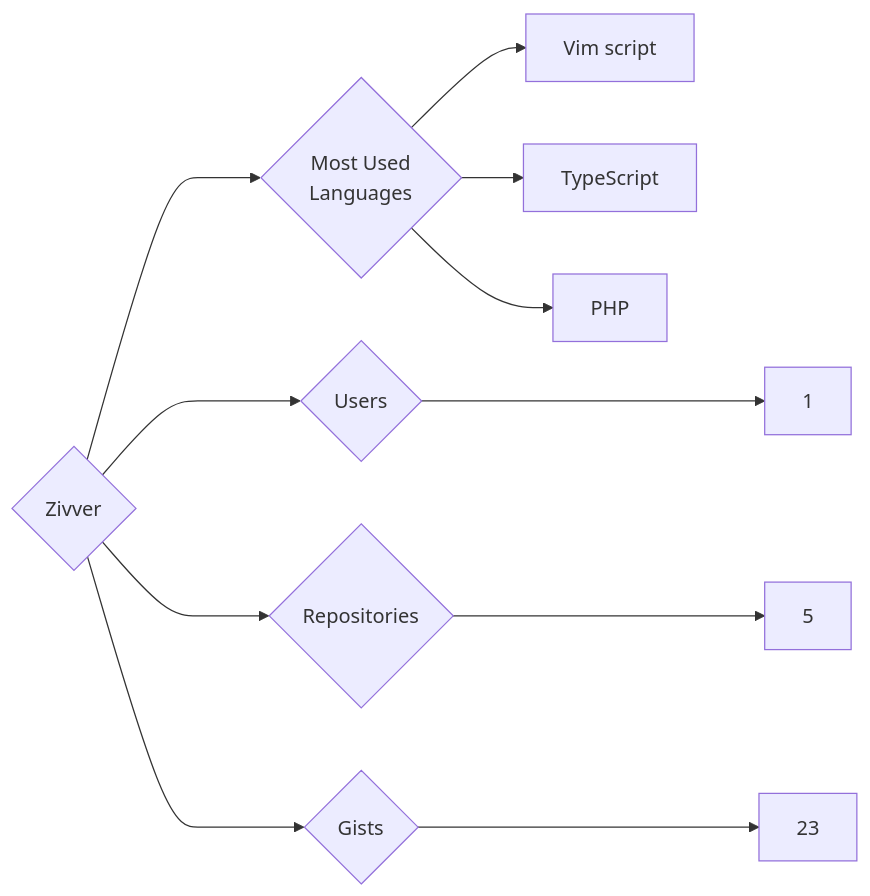
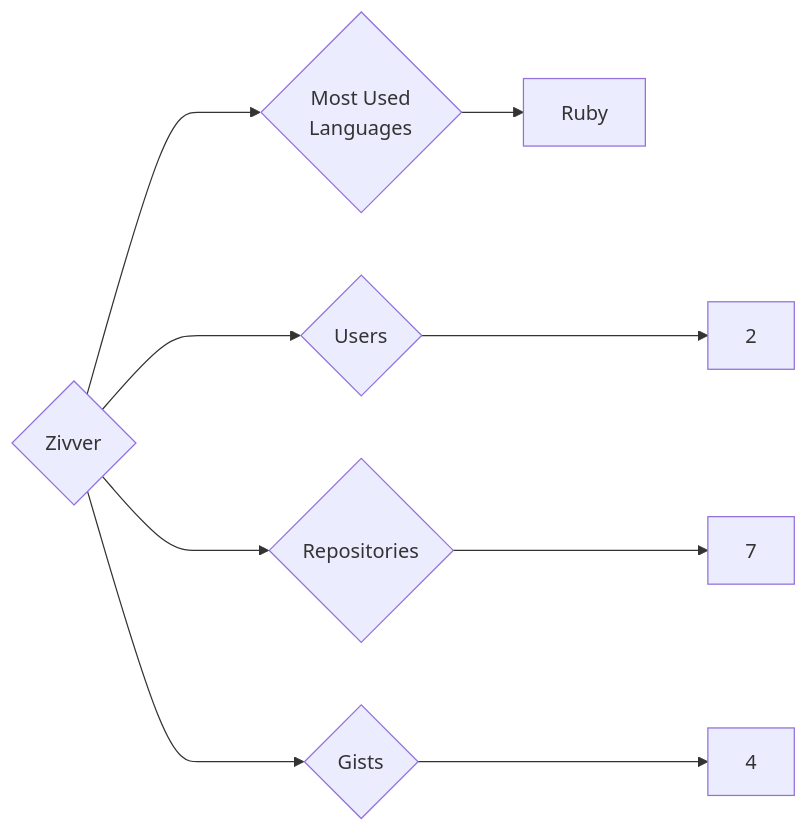
Before and after one commit to trickest/insiders: the diagram in targets/Zivver/README.md, drawn with Mermaid. The commit also changed 953 other files, not shown here.

````diff
--- a/targets/Zivver/README.md
+++ b/targets/Zivver/README.md
@@ -3,11 +3,9 @@
 ```mermaid
 graph LR
 COMPANY_NAME{Zivver}
-COMPANY_NAME ---> U{Users} ---> UN[1]
-COMPANY_NAME ---> R{Repositories} ---> RN[5]
-COMPANY_NAME ---> G{Gists} ---> GN[23]
+COMPANY_NAME ---> U{Users} ---> UN[2]
+COMPANY_NAME ---> R{Repositories} ---> RN[7]
+COMPANY_NAME ---> G{Gists} ---> GN[4]
 COMPANY_NAME ---> ML{Most Used<br>Languages}
-ML --> Vim_script[Vim script]
-ML --> TypeScript[TypeScript]
-ML --> PHP[PHP]
+ML --> Ruby[Ruby]
 ```
````
